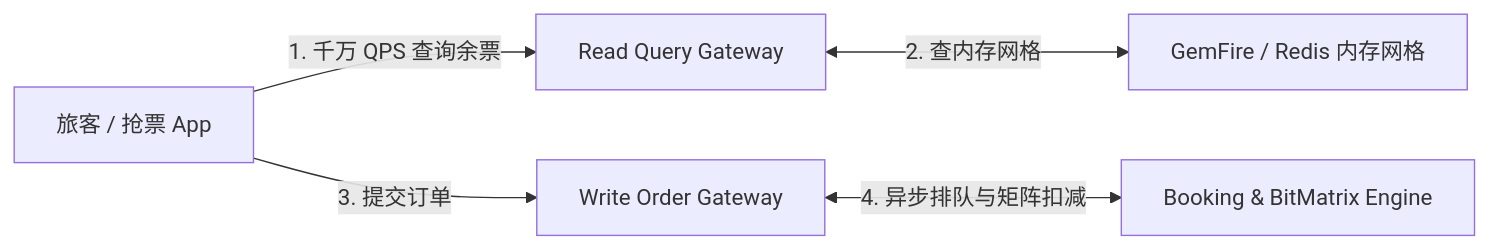
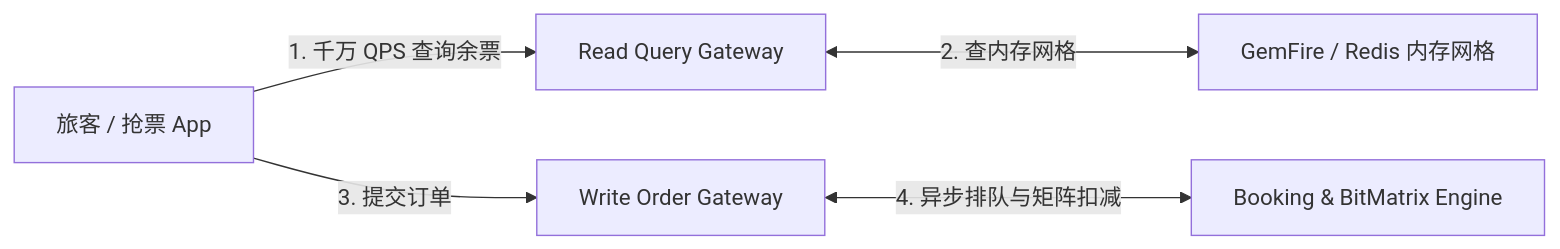
One commit to koosai/AI-Architect-Learning changed the third of 6 diagrams in docs/atlas/12306.mdx. Above: the diagram before and after it, drawn with Mermaid. The commit also changed other lines of this file and 68 other files, not shown here.

Commit message:
fix(atlas): fix browser client-side Mermaid rendering for mindmaps and flowcharts across 67 case studies

````diff
--- a/docs/atlas/12306.mdx
+++ b/docs/atlas/12306.mdx
@@ -114,7 +114,7 @@
 ```mermaid
 graph LR
   Passenger["旅客 / 抢票 App"] -->|1. 千万 QPS 查询余票| ReadGW["Read Query Gateway"]
-  ReadGW <-->|2. 查内存网格| MemoryGrid["GemFire / Redis 内存网格"]
+  ReadGW <--->|2. 查内存网格| MemoryGrid["GemFire / Redis 内存网格"]
   Passenger -->|3. 提交订单| OrderGW["Write Order Gateway"]
-  OrderGW <-->|4. 异步排队与矩阵扣减| BookingSystem["Booking & BitMatrix Engine"]
+  OrderGW <--->|4. 异步排队与矩阵扣减| BookingSystem["Booking & BitMatrix Engine"]
 ```
````
